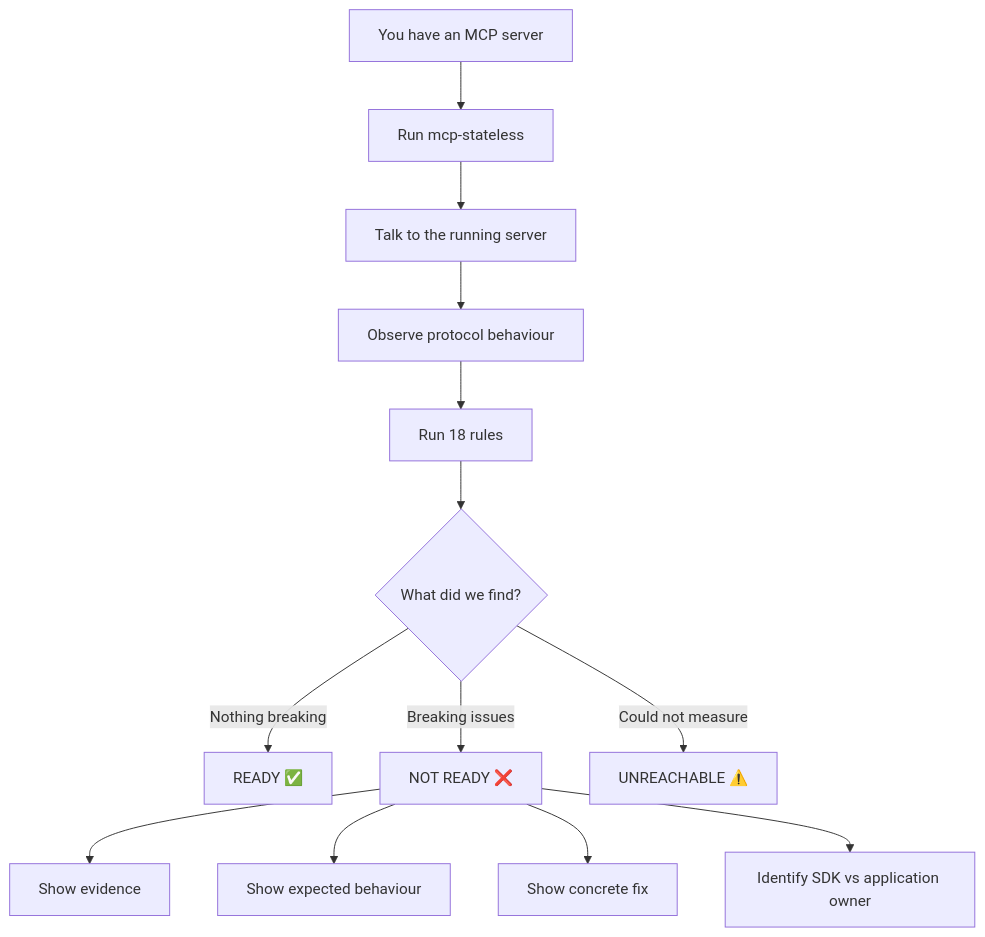
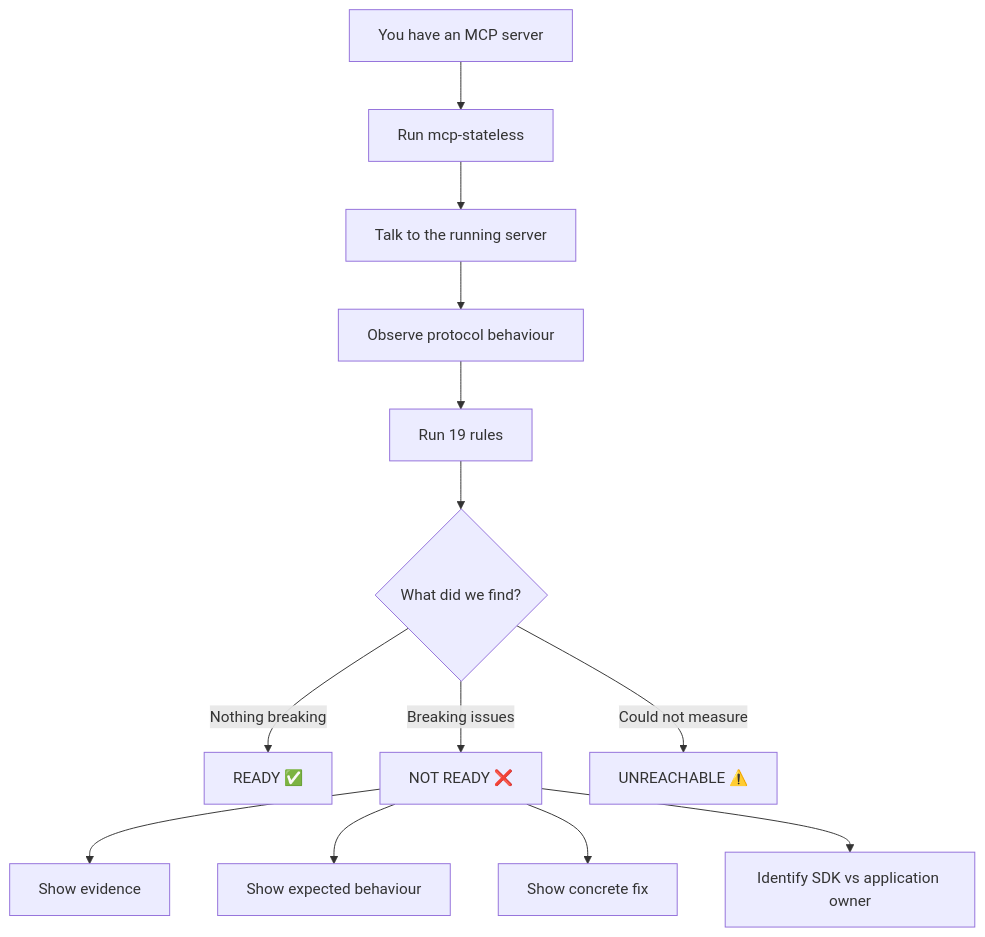
Before and after one commit to Khanthtutzin/mcp-stateless: the tenth of 10 diagrams in docs/MCP_PROJECT_EXPLANATION.md, drawn with Mermaid. The commit also changed other lines of this file and 24 other files, not shown here.

````diff
--- a/docs/MCP_PROJECT_EXPLANATION.md
+++ b/docs/MCP_PROJECT_EXPLANATION.md
@@ -262,15 +262,15 @@
 ```mermaid
 flowchart TB
     A[You have an MCP server] --> B[Run mcp-stateless]
     B --> C[Talk to the running server]
     C --> D[Observe protocol behaviour]
-    D --> E[Run 18 rules]
+    D --> E[Run 19 rules]
     E --> F{What did we find?}
     F -->|Nothing breaking| G[READY ✅]
     F -->|Breaking issues| H[NOT READY ❌]
     F -->|Could not measure| I[UNREACHABLE ⚠️]
     H --> J[Show evidence]
     H --> K[Show expected behaviour]
     H --> L[Show concrete fix]
     H --> M[Identify SDK vs application owner]
 ```
````
